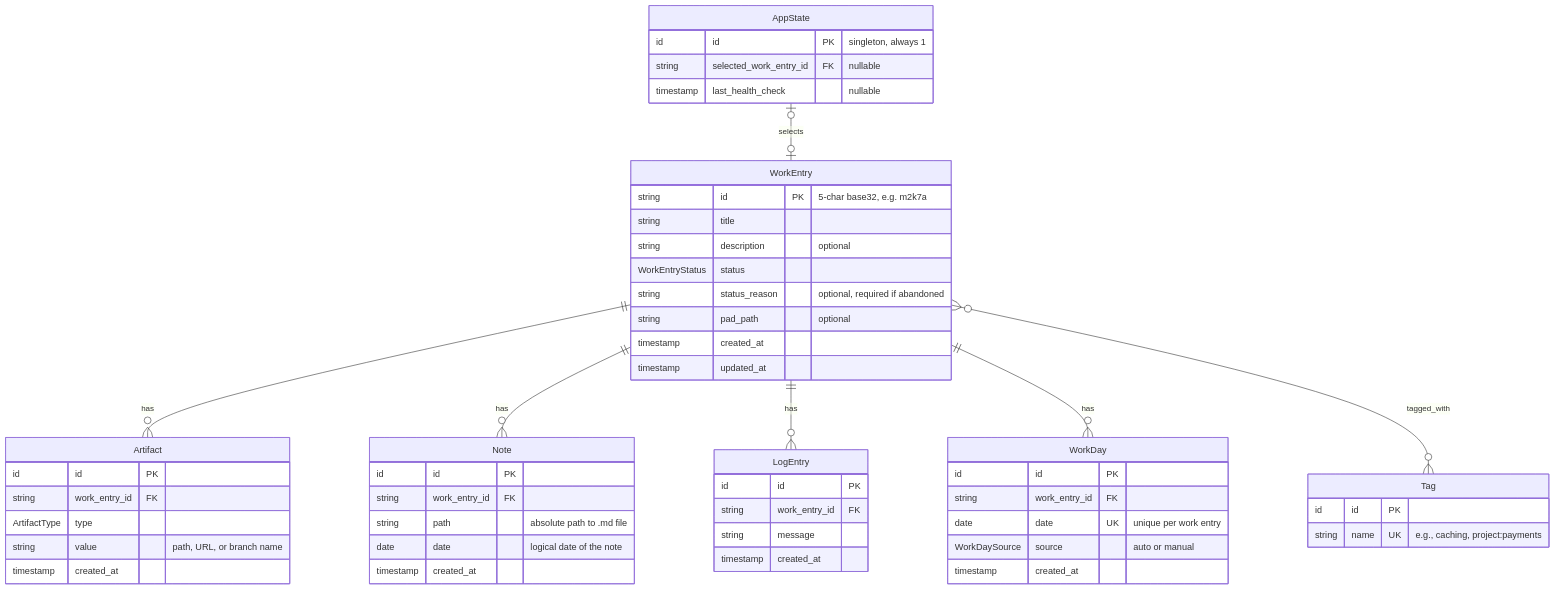
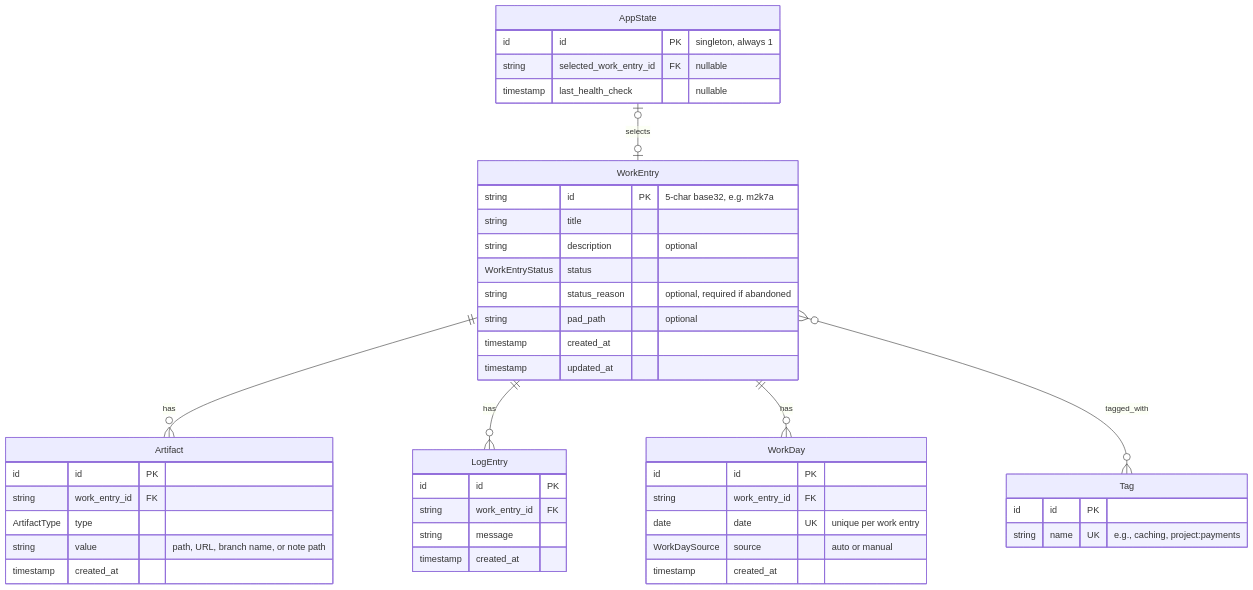
One commit to lydietoure/orbit changed the first of 2 diagrams in docs/DATA_MODEL.md. Above: the diagram before and after it, drawn with Mermaid. The commit also changed other lines of this file and 16 other files, not shown here.

````diff
--- a/docs/DATA_MODEL.md
+++ b/docs/DATA_MODEL.md
@@ -44,62 +43,53 @@
 ```mermaid
 erDiagram
     WorkEntry ||--o{ Artifact : has
-    WorkEntry ||--o{ Note : has
     WorkEntry ||--o{ LogEntry : has
     WorkEntry ||--o{ WorkDay : has
     WorkEntry }o--o{ Tag : tagged_with
     AppState |o--o| WorkEntry : selects
 
     WorkEntry {
         string id PK "5-char base32, e.g. m2k7a"
         string title
         string description "optional"
         WorkEntryStatus status
         string status_reason "optional, required if abandoned"
         string pad_path "optional"
         timestamp created_at
         timestamp updated_at
     }
 
     Tag {
         id id PK
         string name UK "e.g., caching, project:payments"
     }
 
     Artifact {
         id id PK
         string work_entry_id FK
         ArtifactType type
-        string value "path, URL, or branch name"
-        timestamp created_at
-    }
-
-    Note {
-        id id PK
-        string work_entry_id FK
-        string path "absolute path to .md file"
-        date date "logical date of the note"
+        string value "path, URL, branch name, or note path"
         timestamp created_at
     }
 
     LogEntry {
         id id PK
         string work_entry_id FK
         string message
         timestamp created_at
     }
 
     WorkDay {
         id id PK
         string work_entry_id FK
         date date UK "unique per work entry"
         WorkDaySource source "auto or manual"
         timestamp created_at
     }
 
     AppState {
         id id PK "singleton, always 1"
         string selected_work_entry_id FK "nullable"
         timestamp last_health_check "nullable"
     }
 ```
````
